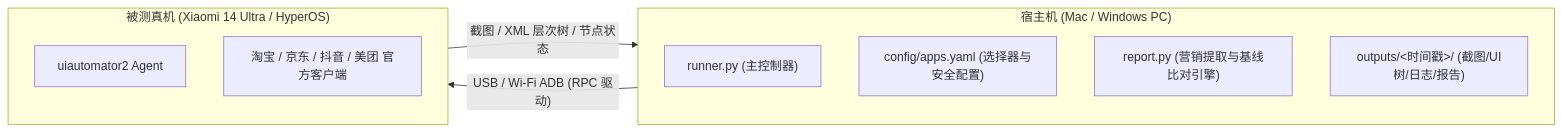
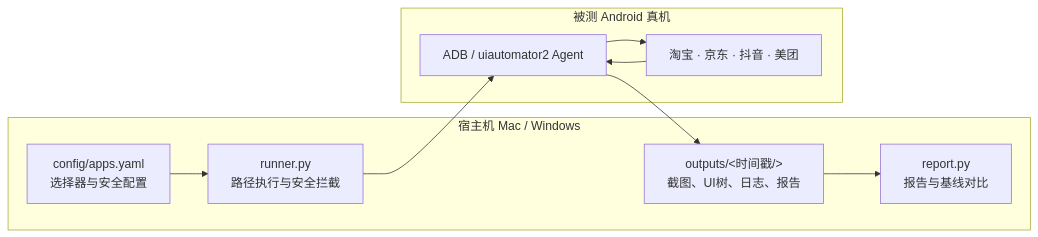
One commit to felix6328/competitor-app-inspector-mvp changed the diagram in README.md. Above: the diagram before and after it, drawn with Mermaid. The commit also changed other lines of this file, not shown here.

````diff
--- a/README.md
+++ b/README.md
@@ -16,17 +71,21 @@
 ```mermaid
 flowchart LR
-    subgraph Host["宿主机 (Mac / Windows PC)"]
-        Runner["runner.py (主控制器)"]
-        Config["config/apps.yaml (选择器与安全配置)"]
-        ReportEngine["report.py (营销提取与基线比对引擎)"]
-        Outputs["outputs/<时间戳>/ (截图/UI树/日志/报告)"]
+    subgraph Host[宿主机 Mac / Windows]
+        Runner[runner.py<br/>路径执行与安全拦截]
+        Config[config/apps.yaml<br/>选择器与安全配置]
+        Report[report.py<br/>报告与基线对比]
+        Output[outputs/<时间戳/><br/>截图、UI树、日志、报告]
     end
 
-    subgraph DUT["被测真机 (Xiaomi 14 Ultra / HyperOS)"]
-        U2Server["uiautomator2 Agent"]
-        Apps["淘宝 / 京东 / 抖音 / 美团 官方客户端"]
+    subgraph Device[被测 Android 真机]
+        ADB[ADB / uiautomator2 Agent]
+        Apps[淘宝 · 京东 · 抖音 · 美团]
     end
 
-    Host -- "USB / Wi-Fi ADB (RPC 驱动)" --> DUT
-    DUT -- "截图 / XML 层次树 / 节点状态" --> Host
+    Config --> Runner
+    Runner --> ADB
+    ADB --> Apps
+    Apps --> ADB
+    ADB --> Output
+    Output --> Report
 ```
````
